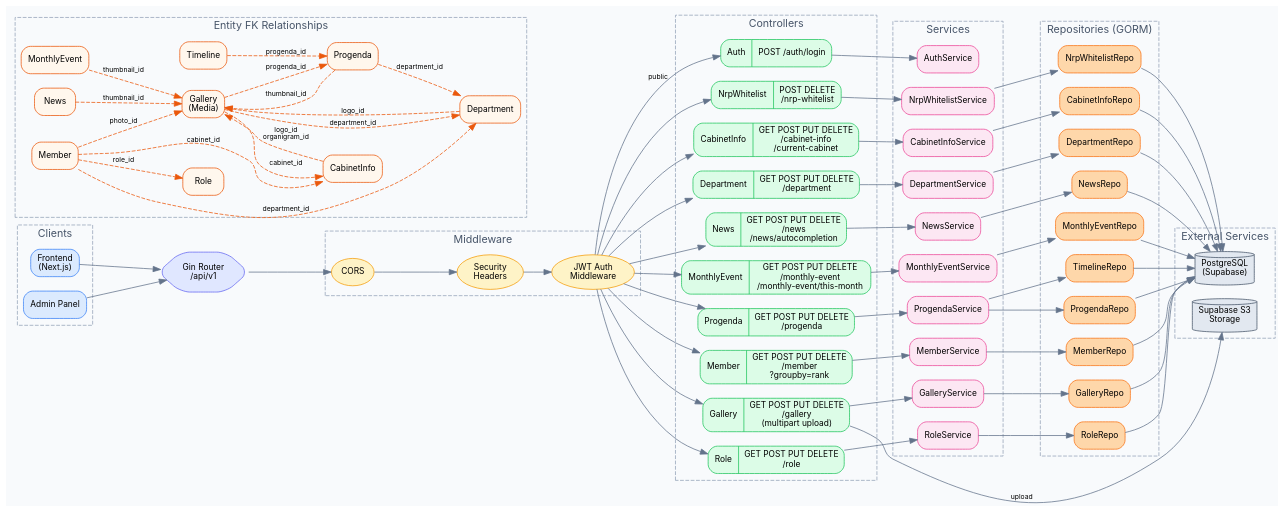
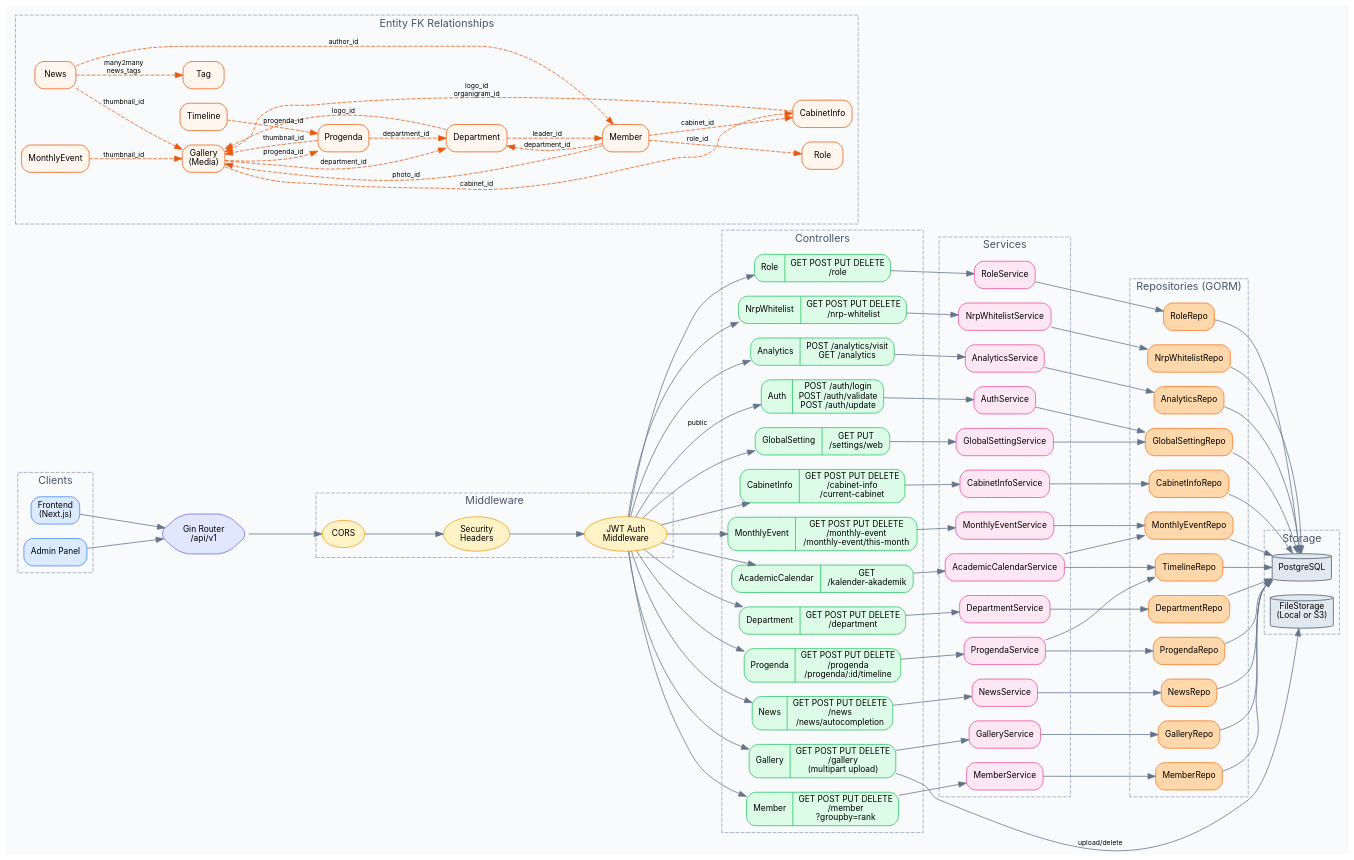
The diagram in docs/api_flow.dot (HIMASAKTA-DEV/himasakta-backend), drawn with Graphviz before and after one commit. The commit also changed 12 other files, not shown here.

```diff
--- a/docs/api_flow.dot
+++ b/docs/api_flow.dot
@@ -38,16 +38,19 @@
         color="#94a3b8";
         fontcolor="#475569";
 
-        auth_ctrl [label="{Auth|POST /auth/login}", fillcolor="#dcfce7", color="#22c55e"];
+        auth_ctrl [label="{Auth|POST /auth/login\nPOST /auth/validate\nPOST /auth/update}", fillcolor="#dcfce7", color="#22c55e"];
         cabinet_ctrl [label="{CabinetInfo|GET POST PUT DELETE\n/cabinet-info\n/current-cabinet}", fillcolor="#dcfce7", color="#22c55e"];
         dept_ctrl [label="{Department|GET POST PUT DELETE\n/department}", fillcolor="#dcfce7", color="#22c55e"];
         news_ctrl [label="{News|GET POST PUT DELETE\n/news\n/news/autocompletion}", fillcolor="#dcfce7", color="#22c55e"];
         monthly_ctrl [label="{MonthlyEvent|GET POST PUT DELETE\n/monthly-event\n/monthly-event/this-month}", fillcolor="#dcfce7", color="#22c55e"];
-        progenda_ctrl [label="{Progenda|GET POST PUT DELETE\n/progenda}", fillcolor="#dcfce7", color="#22c55e"];
+        progenda_ctrl [label="{Progenda|GET POST PUT DELETE\n/progenda\n/progenda/:id/timeline}", fillcolor="#dcfce7", color="#22c55e"];
         gallery_ctrl [label="{Gallery|GET POST PUT DELETE\n/gallery\n(multipart upload)}", fillcolor="#dcfce7", color="#22c55e"];
         member_ctrl [label="{Member|GET POST PUT DELETE\n/member\n?groupby=rank}", fillcolor="#dcfce7", color="#22c55e"];
         role_ctrl [label="{Role|GET POST PUT DELETE\n/role}", fillcolor="#dcfce7", color="#22c55e"];
-        nrp_ctrl [label="{NrpWhitelist|POST DELETE\n/nrp-whitelist}", fillcolor="#dcfce7", color="#22c55e"];
+        nrp_ctrl [label="{NrpWhitelist|GET POST PUT DELETE\n/nrp-whitelist}", fillcolor="#dcfce7", color="#22c55e"];
+        analytics_ctrl [label="{Analytics|POST /analytics/visit\nGET /analytics}", fillcolor="#dcfce7", color="#22c55e"];
+        settings_ctrl [label="{GlobalSetting|GET PUT\n/settings/web}", fillcolor="#dcfce7", color="#22c55e"];
+        calendar_ctrl [label="{AcademicCalendar|GET\n/kalender-akademik}", fillcolor="#dcfce7", color="#22c55e"];
     }
 
     // ── Services ──
@@ -67,6 +70,9 @@
         member_svc [label="MemberService", fillcolor="#fce7f3", color="#ec4899"];
         role_svc [label="RoleService", fillcolor="#fce7f3", color="#ec4899"];
         nrp_svc [label="NrpWhitelistService", fillcolor="#fce7f3", color="#ec4899"];
+        analytics_svc [label="AnalyticsService", fillcolor="#fce7f3", color="#ec4899"];
+        settings_svc [label="GlobalSettingService", fillcolor="#fce7f3", color="#ec4899"];
+        calendar_svc [label="AcademicCalendarService", fillcolor="#fce7f3", color="#ec4899"];
     }
 
     // ── Repositories ──
@@ -86,17 +92,19 @@
         member_repo [label="MemberRepo", fillcolor="#fed7aa", color="#f97316"];
         role_repo [label="RoleRepo", fillcolor="#fed7aa", color="#f97316"];
         nrp_repo [label="NrpWhitelistRepo", fillcolor="#fed7aa", color="#f97316"];
+        analytics_repo [label="AnalyticsRepo", fillcolor="#fed7aa", color="#f97316"];
+        settings_repo [label="GlobalSettingRepo", fillcolor="#fed7aa", color="#f97316"];
     }
 
     // ── External ──
     subgraph cluster_external {
-        label="External Services";
+        label="Storage";
         style="dashed";
         color="#94a3b8";
         fontcolor="#475569";
 
-        postgres [label="PostgreSQL\n(Supabase)", fillcolor="#e2e8f0", color="#475569", shape=cylinder];
-        s3 [label="Supabase S3\nStorage", fillcolor="#e2e8f0", color="#475569", shape=cylinder];
+        postgres [label="PostgreSQL", fillcolor="#e2e8f0", color="#475569", shape=cylinder];
+        filestorage [label="FileStorage\n(Local or S3)", fillcolor="#e2e8f0", color="#475569", shape=cylinder];
     }
 
     // ── Entity Relationships ──
@@ -115,6 +123,7 @@
         e_progenda [label="Progenda", fillcolor="#fff7ed", color="#ea580c"];
         e_member [label="Member", fillcolor="#fff7ed", color="#ea580c"];
         e_timeline [label="Timeline", fillcolor="#fff7ed", color="#ea580c"];
+        e_tag [label="Tag", fillcolor="#fff7ed", color="#ea580c"];
     }
 
     // ── Client → Router ──
@@ -133,6 +142,9 @@
     auth_mw -> member_ctrl;
     auth_mw -> role_ctrl;
     auth_mw -> nrp_ctrl;
+    auth_mw -> analytics_ctrl;
+    auth_mw -> settings_ctrl;
+    auth_mw -> calendar_ctrl;
 
     // ── Controller → Service ──
     auth_ctrl -> auth_svc;
@@ -145,8 +157,12 @@
     member_ctrl -> member_svc;
     role_ctrl -> role_svc;
     nrp_ctrl -> nrp_svc;
+    analytics_ctrl -> analytics_svc;
+    settings_ctrl -> settings_svc;
+    calendar_ctrl -> calendar_svc;
 
     // ── Service → Repo ──
+    auth_svc -> settings_repo;
     cabinet_svc -> cabinet_repo;
     dept_svc -> dept_repo;
     news_svc -> news_repo;
@@ -157,6 +173,10 @@
     member_svc -> member_repo;
     role_svc -> role_repo;
     nrp_svc -> nrp_repo;
+    analytics_svc -> analytics_repo;
+    settings_svc -> settings_repo;
+    calendar_svc -> monthly_repo;
+    calendar_svc -> timeline_repo;
 
     // ── Repo → DB ──
     cabinet_repo -> postgres;
@@ -169,15 +189,20 @@
     member_repo -> postgres;
     role_repo -> postgres;
     nrp_repo -> postgres;
+    analytics_repo -> postgres;
+    settings_repo -> postgres;
 
-    // ── S3 connections ──
-    gallery_ctrl -> s3 [label="upload"];
+    // ── FileStorage connections ──
+    gallery_ctrl -> filestorage [label="upload/delete"];
 
     // ── Entity FK relationships ──
     e_news -> e_gallery [label="thumbnail_id", style=dashed, color="#ea580c"];
+    e_news -> e_member [label="author_id", style=dashed, color="#ea580c"];
+    e_news -> e_tag [label="many2many\nnews_tags", style=dashed, color="#ea580c"];
     e_monthly -> e_gallery [label="thumbnail_id", style=dashed, color="#ea580c"];
     e_progenda -> e_gallery [label="thumbnail_id", style=dashed, color="#ea580c"];
     e_dept -> e_gallery [label="logo_id", style=dashed, color="#ea580c"];
+    e_dept -> e_member [label="leader_id", style=dashed, color="#ea580c"];
     e_cabinet -> e_gallery [label="logo_id\norganigram_id", style=dashed, color="#ea580c"];
     e_member -> e_gallery [label="photo_id", style=dashed, color="#ea580c"];
     e_member -> e_dept [label="department_id", style=dashed, color="#ea580c"];
```
